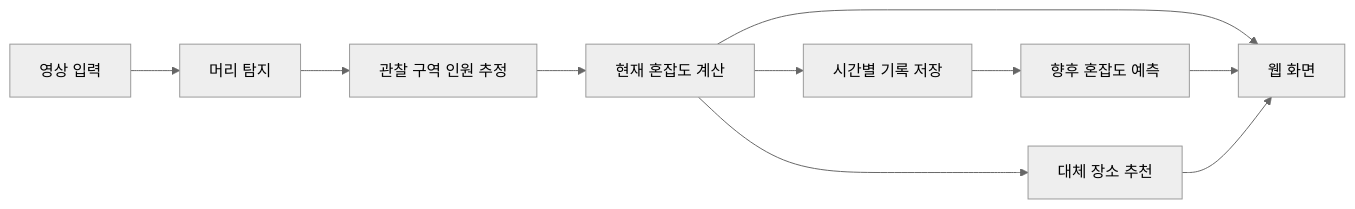
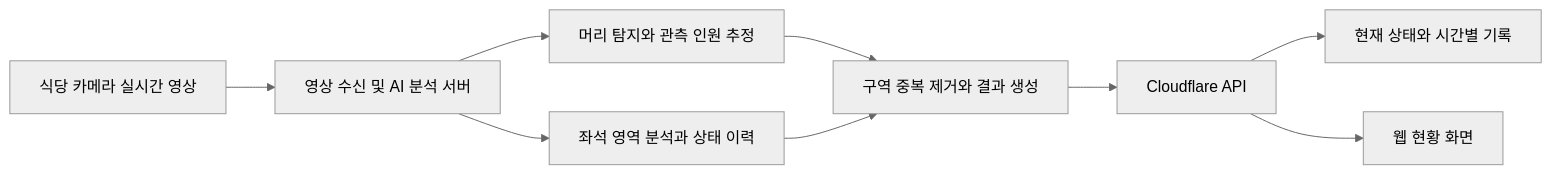
The diagram in README.md (rnxodnd/campus_pulse), drawn with Mermaid (neutral theme) before and after one commit. The commit also changed other lines of this file and 3 other files, not shown here.

````diff
--- a/README.md
+++ b/README.md
@@ -44,12 +116,11 @@
 ```mermaid
 flowchart LR
-    A[영상 입력] --> B[머리 탐지]
-    B --> C[관찰 구역 인원 추정]
-    C --> D[현재 혼잡도 계산]
-    D --> E[웹 화면]
-    D --> F[시간별 기록 저장]
-    F --> G[향후 혼잡도 예측]
-    G --> E
-    D --> H[대체 장소 추천]
-    H --> E
+    A[식당 카메라 실시간 영상] --> B[영상 수신 및 AI 분석 서버]
+    B --> C[머리 탐지와 관측 인원 추정]
+    B --> D[좌석 영역 분석과 상태 이력]
+    C --> E[구역 중복 제거와 결과 생성]
+    D --> E
+    E --> F[Cloudflare API]
+    F --> G[현재 상태와 시간별 기록]
+    F --> H[웹 현황 화면]
 ```
````
